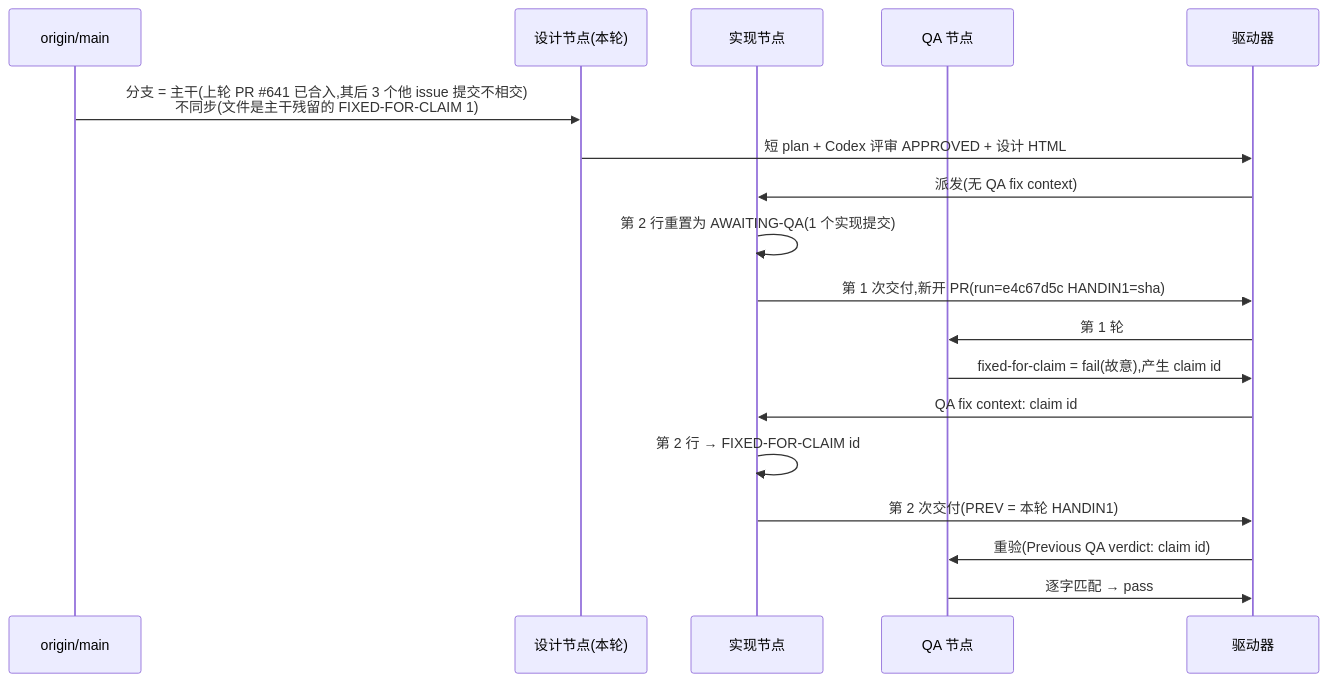
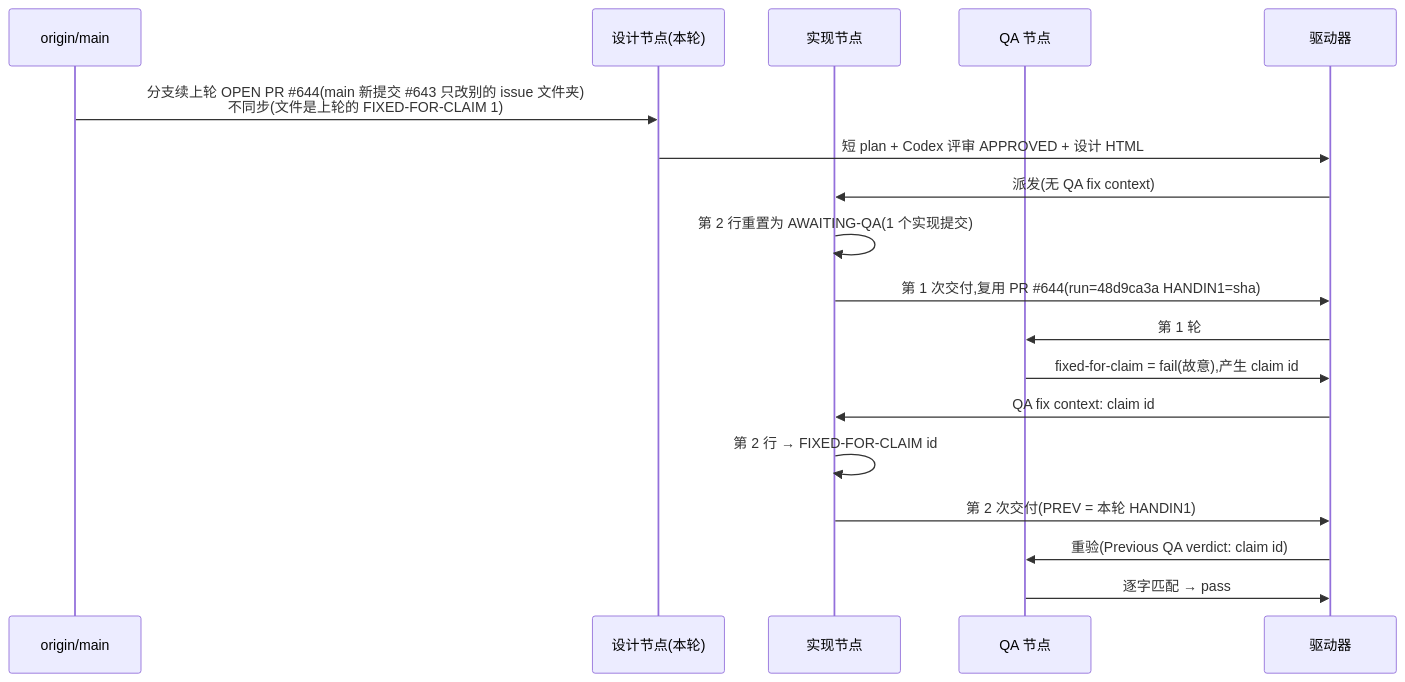
One commit to xrliAnnie/flywheel-qa-sandbox changed the diagram in engineering/doc/FLY-3150-real-runner-drill/d1-core-flow.mmd. Above: the diagram before and after it, drawn with Mermaid. The commit also changed 3 other files, not shown here.

```diff
--- a/engineering/doc/FLY-3150-real-runner-drill/d1-core-flow.mmd
+++ b/engineering/doc/FLY-3150-real-runner-drill/d1-core-flow.mmd
@@ -1,18 +1,18 @@
 sequenceDiagram
     participant M as origin/main
     participant S as 设计节点(本轮)
     participant I as 实现节点
     participant Q as QA 节点
     participant D as 驱动器
-    M->>S: 分支 = 主干(上轮 PR #35;641 已合入,其后 3 个他 issue 提交不相交)<br/>不同步(文件是主干残留的 FIXED-FOR-CLAIM 1)
+    M->>S: 分支续上轮 OPEN PR #35;644(main 新提交 #35;643 只改别的 issue 文件夹)<br/>不同步(文件是上轮的 FIXED-FOR-CLAIM 1)
     S->>D: 短 plan + Codex 评审 APPROVED + 设计 HTML
     D->>I: 派发(无 QA fix context)
     I->>I: 第 2 行重置为 AWAITING-QA(1 个实现提交)
-    I->>D: 第 1 次交付,新开 PR(run=e4c67d5c HANDIN1=sha)
+    I->>D: 第 1 次交付,复用 PR #35;644(run=48d9ca3a HANDIN1=sha)
     D->>Q: 第 1 轮
     Q->>D: fixed-for-claim = fail(故意),产生 claim id
     D->>I: QA fix context: claim id
     I->>I: 第 2 行 → FIXED-FOR-CLAIM id
     I->>D: 第 2 次交付(PREV = 本轮 HANDIN1)
     D->>Q: 重验(Previous QA verdict: claim id)
     Q->>D: 逐字匹配 → pass
```
